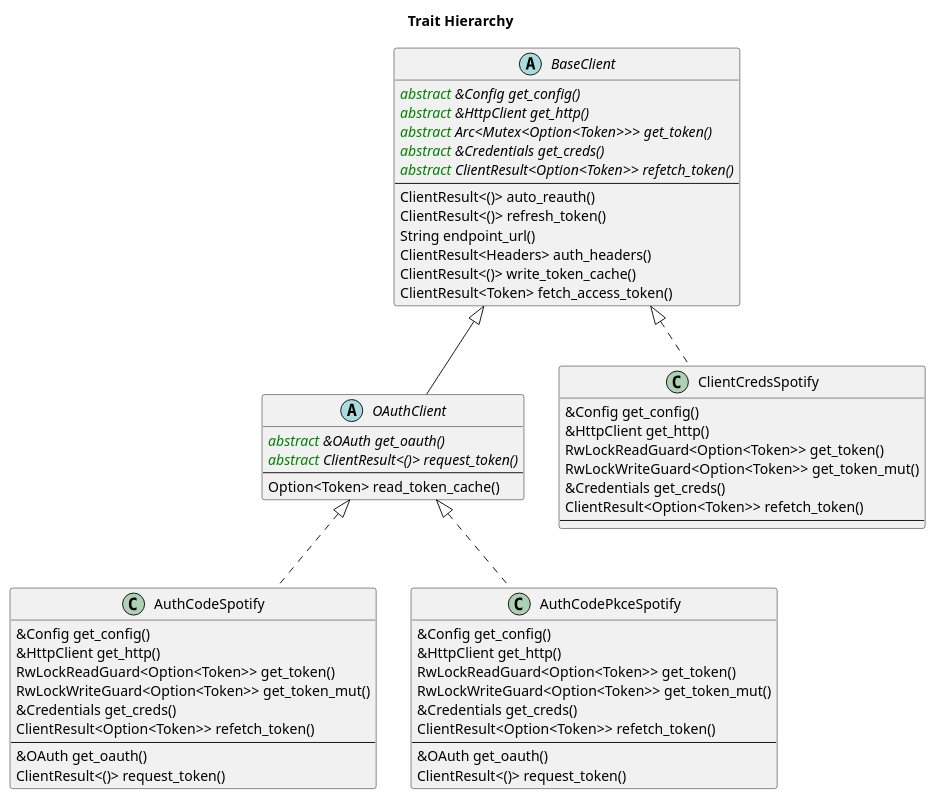
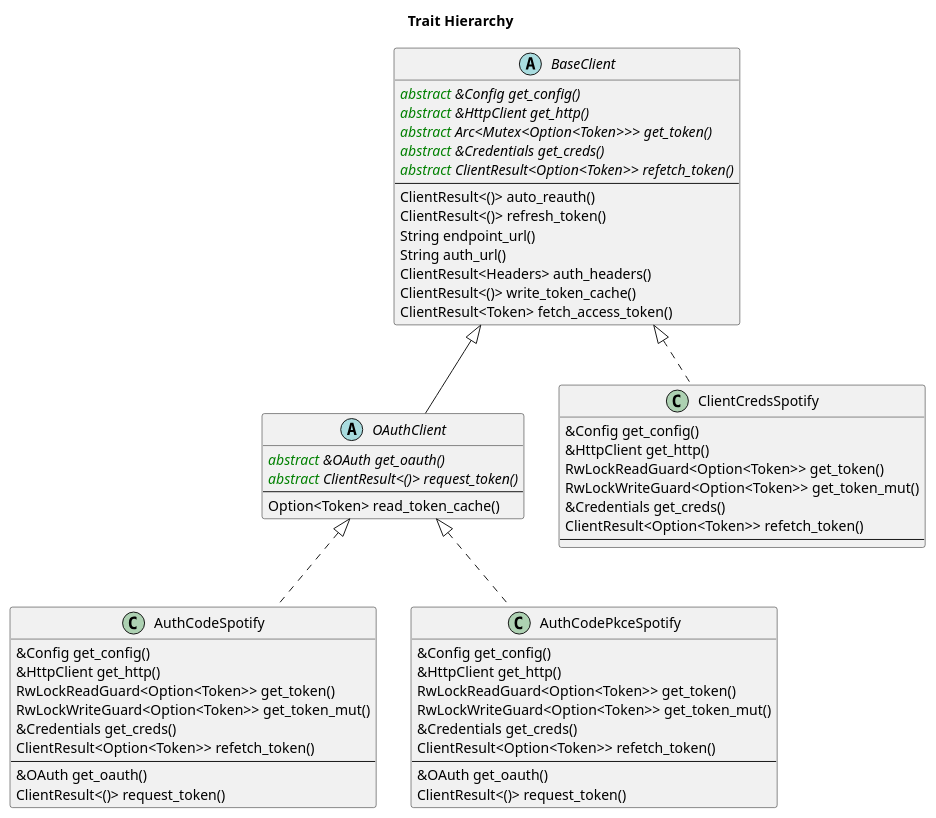
The diagram in doc/uml/trait_hierarchy.plantuml (ramsayleung/rspotify), drawn with PlantUML before and after one commit. The commit also changed 4 other files, not shown here.

```diff
--- a/doc/uml/trait_hierarchy.plantuml
+++ b/doc/uml/trait_hierarchy.plantuml
@@ -1,58 +1,59 @@
 @startuml
 title Trait Hierarchy
 abstract class BaseClient {
     <color:green>abstract</color> {abstract} &Config get_config()
     <color:green>abstract</color> {abstract} &HttpClient get_http()
     <color:green>abstract</color> {abstract} Arc<Mutex<Option<Token>>> get_token()
     <color:green>abstract</color> {abstract} &Credentials get_creds()
     <color:green>abstract</color> {abstract} ClientResult<Option<Token>> refetch_token()
     ---
     ClientResult<()> auto_reauth()
     ClientResult<()> refresh_token()
     String endpoint_url()
+    String auth_url()
     ClientResult<Headers> auth_headers()
     ClientResult<()> write_token_cache()
     ClientResult<Token> fetch_access_token()
 }
 
 abstract class OAuthClient extends BaseClient{
     <color:green>abstract</color> {abstract} &OAuth get_oauth()
     <color:green>abstract</color> {abstract} ClientResult<()> request_token()
     ---
     Option<Token> read_token_cache()
 }
 
 class AuthCodeSpotify implements OAuthClient{
     &Config get_config()
     &HttpClient get_http()
     RwLockReadGuard<Option<Token>> get_token()
     RwLockWriteGuard<Option<Token>> get_token_mut()
     &Credentials get_creds()
     ClientResult<Option<Token>> refetch_token()
     ---
     &OAuth get_oauth()
     ClientResult<()> request_token()
 }
 
 class AuthCodePkceSpotify implements OAuthClient{
     &Config get_config()
     &HttpClient get_http()
     RwLockReadGuard<Option<Token>> get_token()
     RwLockWriteGuard<Option<Token>> get_token_mut()
     &Credentials get_creds()
     ClientResult<Option<Token>> refetch_token()
     ---
     &OAuth get_oauth()
     ClientResult<()> request_token()
 }
 
 class ClientCredsSpotify implements BaseClient{
     &Config get_config()
     &HttpClient get_http()
     RwLockReadGuard<Option<Token>> get_token()
     RwLockWriteGuard<Option<Token>> get_token_mut()
     &Credentials get_creds()
     ClientResult<Option<Token>> refetch_token()
     ---
 }
 @enduml
```
